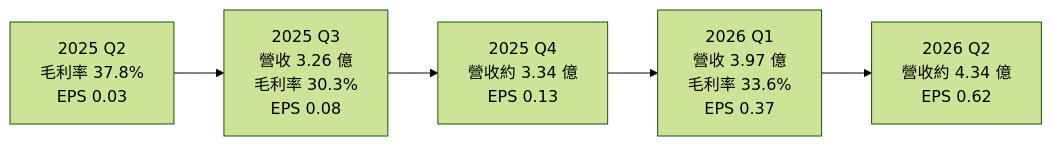
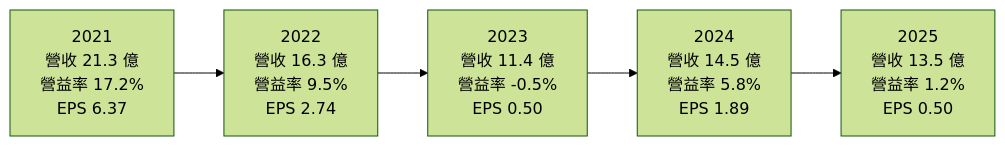
Before and after one commit to wangnick1004/taiwan-stock-vault: the third of 4 diagrams in 個股/台股/3588通嘉.md, drawn with Mermaid (forest theme). The commit also changed other lines of this file and 142 other files, not shown here.

````diff
--- a/個股/台股/3588通嘉.md
+++ b/個股/台股/3588通嘉.md
@@ -137,4 +144,4 @@
 ```mermaid
 flowchart LR
-    A["2025 Q2<br/>毛利率 37.8%<br/>EPS 0.03"] --> B["2025 Q3<br/>營收 3.26 億<br/>毛利率 30.3%<br/>EPS 0.08"] --> C["2025 Q4<br/>營收約 3.34 億<br/>EPS 0.13"] --> D["2026 Q1<br/>營收 3.97 億<br/>毛利率 33.6%<br/>EPS 0.37"] --> E["2026 Q2<br/>營收約 4.34 億<br/>EPS 0.62"]
+    A["2021<br/>營收 21.3 億<br/>營益率 17.2%<br/>EPS 6.37"] --> B["2022<br/>營收 16.3 億<br/>營益率 9.5%<br/>EPS 2.74"] --> C["2023<br/>營收 11.4 億<br/>營益率 -0.5%<br/>EPS 0.50"] --> D["2024<br/>營收 14.5 億<br/>營益率 5.8%<br/>EPS 1.89"] --> E["2025<br/>營收 13.5 億<br/>營益率 1.2%<br/>EPS 0.50"]
 ```
````
